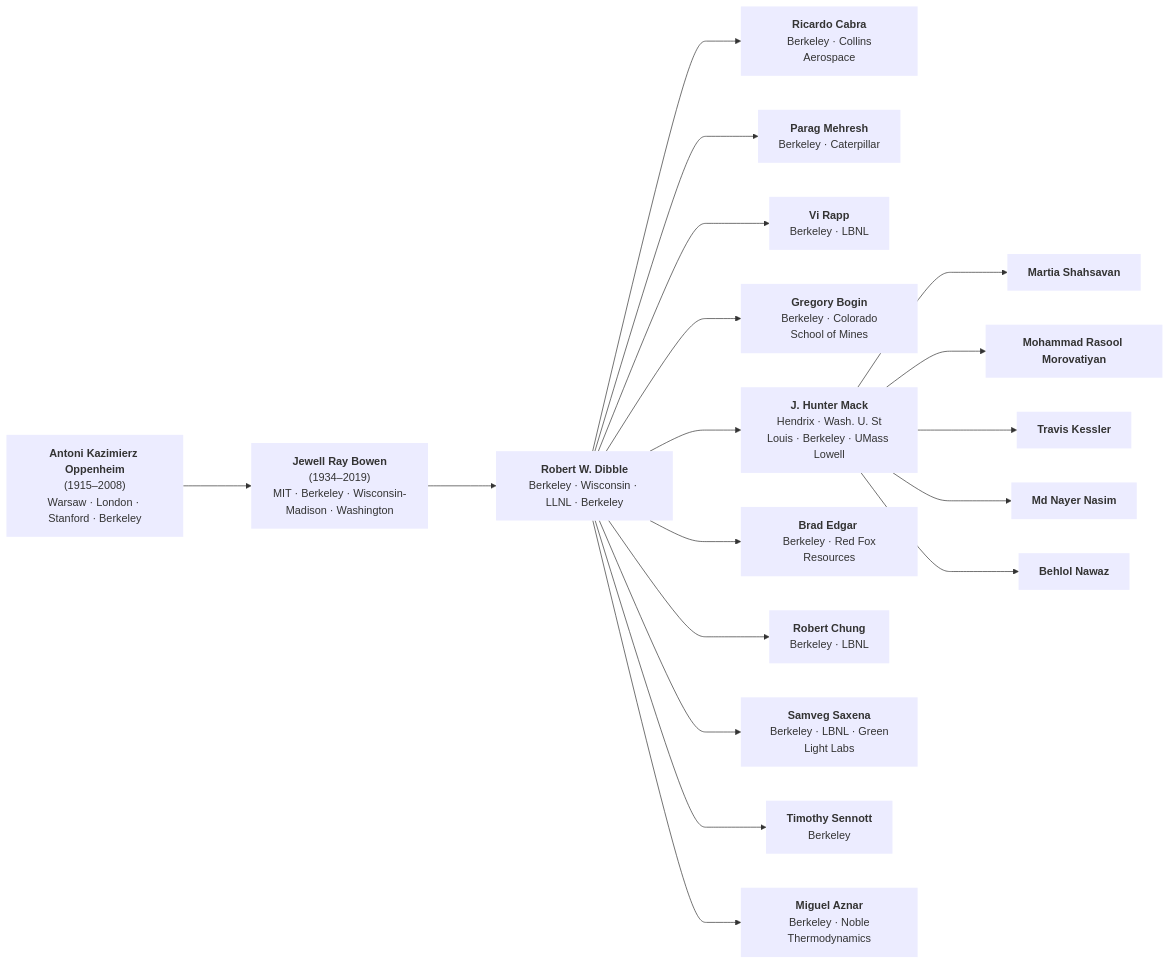
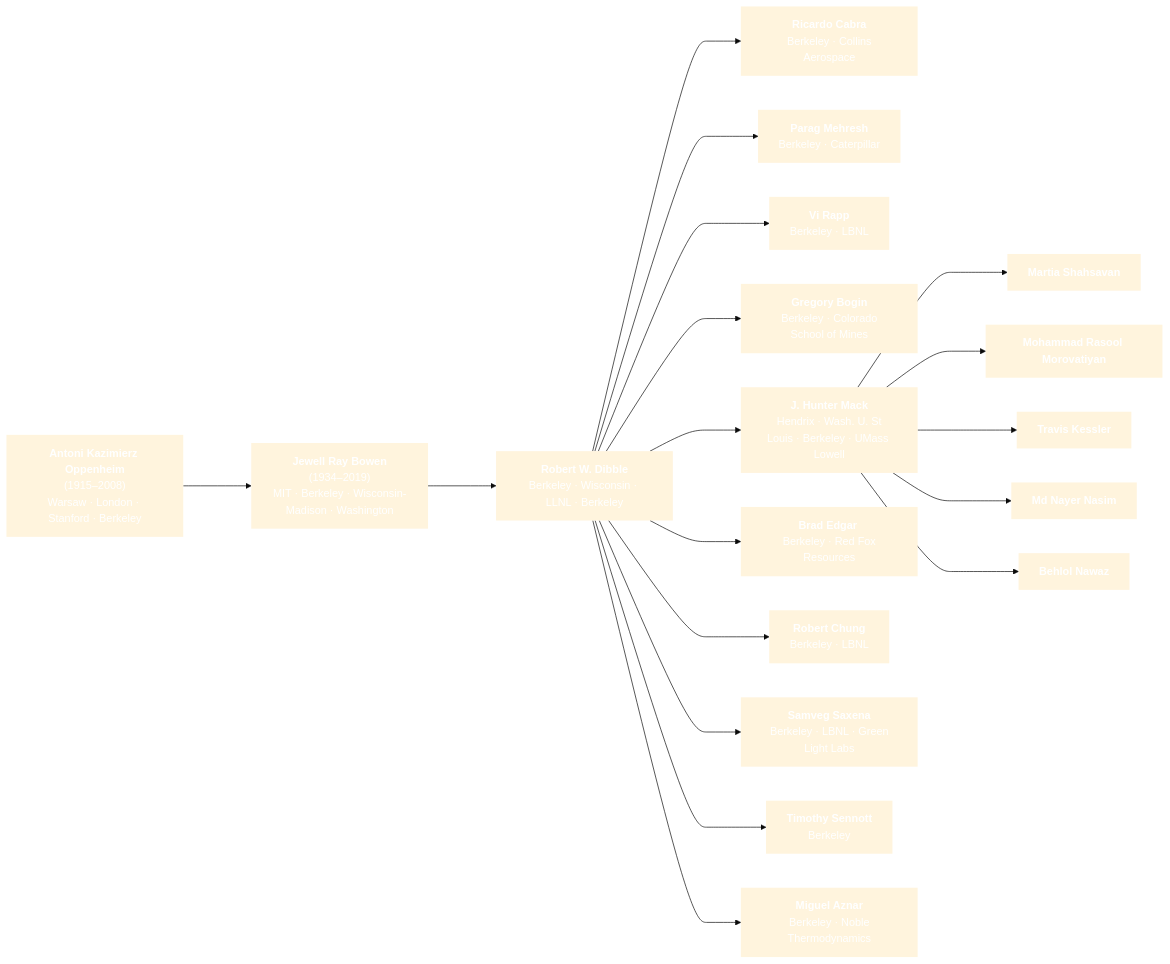
The diagram in acad_tree.md (bnawaz95/ECRL-acad-tree), drawn with Mermaid before and after one commit.

````diff
--- a/acad_tree.md
+++ b/acad_tree.md
@@ -1,48 +1,49 @@
 ```mermaid
+%%{init: {'theme': 'base', 'themeVariables': { 'fontSize': '16px', 'primaryTextColor': '#fff', 'fontFamily': 'arial'}}}%%
 graph LR
     A["<b>Antoni Kazimierz Oppenheim</b><br/>(1915–2008)<br/>Warsaw · London · Stanford · Berkeley"]
 
     B["<b>Jewell Ray Bowen</b><br/>(1934–2019)<br/>MIT · Berkeley · Wisconsin-Madison · Washington"]
 
     C["<b>Robert W. Dibble</b><br/>Berkeley · Wisconsin · LLNL · Berkeley"]
 
     D1["<b>Ricardo Cabra</b><br/> Berkeley · Collins Aerospace"]
     D2["<b>Parag Mehresh</b><br/> Berkeley · Caterpillar"]
     D3["<b>Vi Rapp</b><br/> Berkeley · LBNL"]
     D4["<b>Gregory Bogin</b><br/> Berkeley · Colorado School of Mines"]
     D0["<b>J. Hunter Mack</b><br/> Hendrix · Wash. U. St Louis · Berkeley · UMass Lowell"]
     D5["<b>Brad Edgar </b><br/> Berkeley · Red Fox Resources"]
     D6["<b>Robert Chung</b><br/> Berkeley · LBNL"]
     D7["<b>Samveg Saxena</b><br/> Berkeley · LBNL · Green Light Labs"]
     D8["<b>Timothy Sennott</b><br/> Berkeley"]
     D9["<b>Miguel Aznar</b><br/> Berkeley · Noble Thermodynamics"]
 
     E["<b>Martia Shahsavan</b>"]
     F["<b>Mohammad Rasool Morovatiyan</b>"]
     G["<b>Travis Kessler</b>"]
     H["<b>Md Nayer Nasim</b>"]
     I["<b>Behlol Nawaz</b>"]
 
     A ---> B
     B ---> C
 
     C ---> D0
     C ---> D1
     C ---> D2
     C ---> D3
     C ---> D4
     C ---> D5
     C ---> D6
     C ---> D7
     C ---> D8
     C ---> D9
 
     D0 ---> E
     D0 ---> F
     D0 ---> G
     D0 ---> H
     D0 ---> I
 
 classDef noBorder stroke:none,stroke-width:0px,fill:#None;
 class A,B,C,D0,D1,D2,D3,D4,D5,D6,D6,D7,D8,D9,E,F,G,H,I, noBorder
 ```
````
